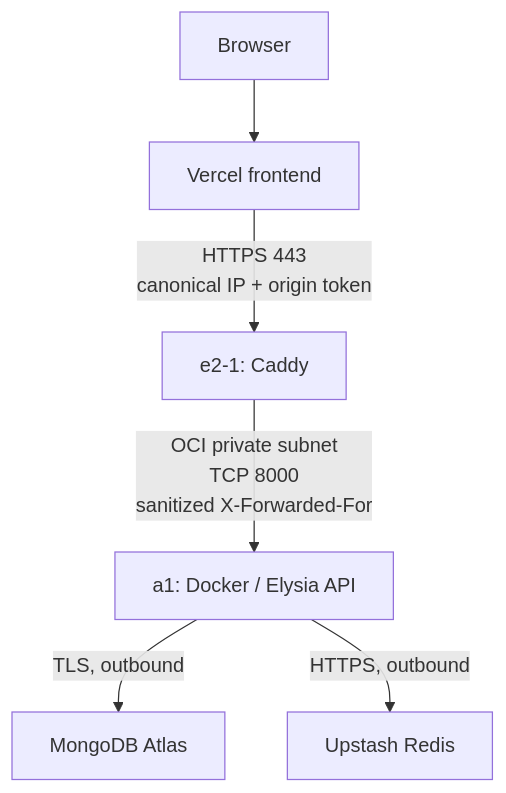
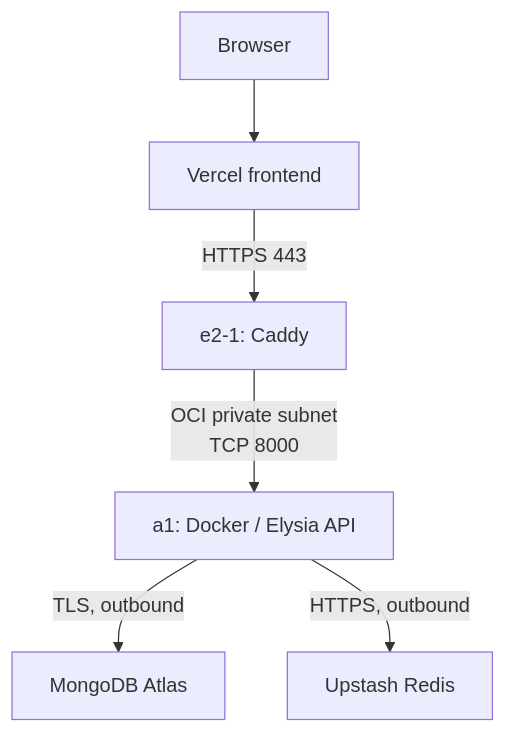
The first of 2 diagrams in README.md (RutamBhagat/crossval), drawn with Mermaid before and after one commit. The commit also changed other lines of this file and 16 other files, not shown here.

````diff
--- a/README.md
+++ b/README.md
@@ -42,8 +40,8 @@
 ```mermaid
 flowchart TD
     U[Browser] --> V[Vercel frontend]
-    V -->|HTTPS 443<br/>canonical IP + origin token| C[e2-1: Caddy]
-    C -->|OCI private subnet<br/>TCP 8000<br/>sanitized X-Forwarded-For| A[a1: Docker / Elysia API]
+    V -->|HTTPS 443| C[e2-1: Caddy]
+    C -->|OCI private subnet<br/>TCP 8000| A[a1: Docker / Elysia API]
     A -->|TLS, outbound| M[MongoDB Atlas]
     A -->|HTTPS, outbound| R[Upstash Redis]
 ```
````
